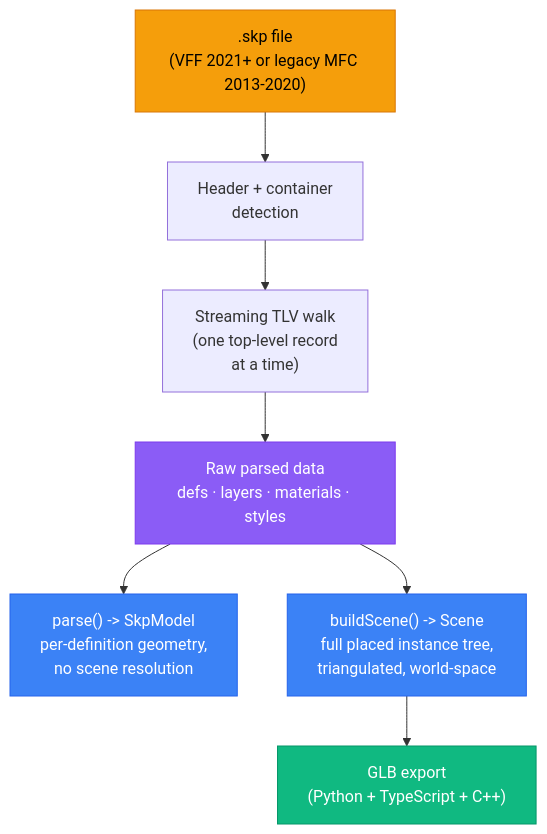
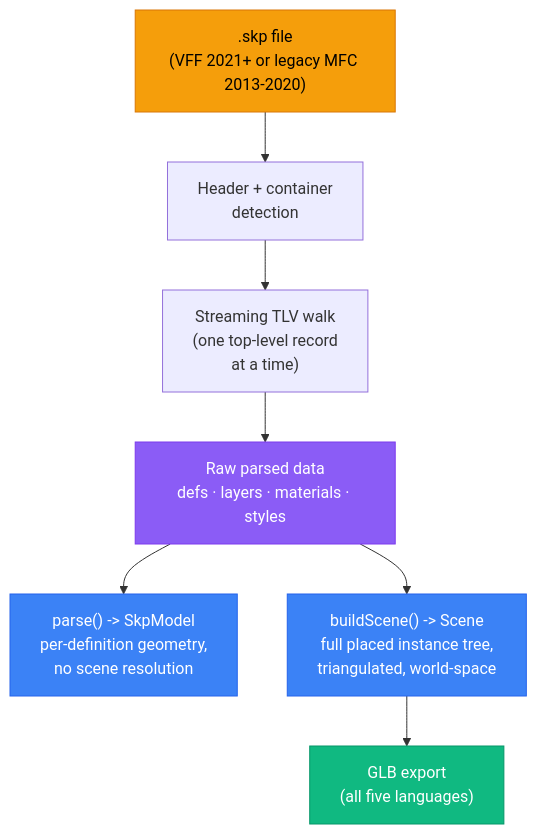
One commit to MoCongxin/openskp changed the diagram in README.md. Above: the diagram before and after it, drawn with Mermaid. The commit also changed other lines of this file and 1 other file, not shown here.

````diff
--- a/README.md
+++ b/README.md
@@ -207,15 +211,15 @@
 ```mermaid
 graph TB
     SKP[".skp file<br/>(VFF 2021+ or legacy MFC 2013-2020)"] --> HDR["Header + container<br/>detection"]
     HDR --> WALK["Streaming TLV walk<br/>(one top-level record<br/>at a time)"]
     WALK --> RAW["Raw parsed data<br/>defs · layers · materials · styles"]
     RAW --> PARSE["parse() -> SkpModel<br/>per-definition geometry,<br/>no scene resolution"]
     RAW --> SCENE["buildScene() -> Scene<br/>full placed instance tree,<br/>triangulated, world-space"]
-    SCENE --> GLB["GLB export<br/>(Python + TypeScript + C++)"]
+    SCENE --> GLB["GLB export<br/>(all five languages)"]
 
     style SKP fill:#f59e0b,color:#000,stroke:#d97706
     style RAW fill:#8b5cf6,color:#fff,stroke:#7c3aed
     style PARSE fill:#3b82f6,color:#fff,stroke:#2563eb
     style SCENE fill:#3b82f6,color:#fff,stroke:#2563eb
     style GLB fill:#10b981,color:#fff,stroke:#059669
 ```
````
